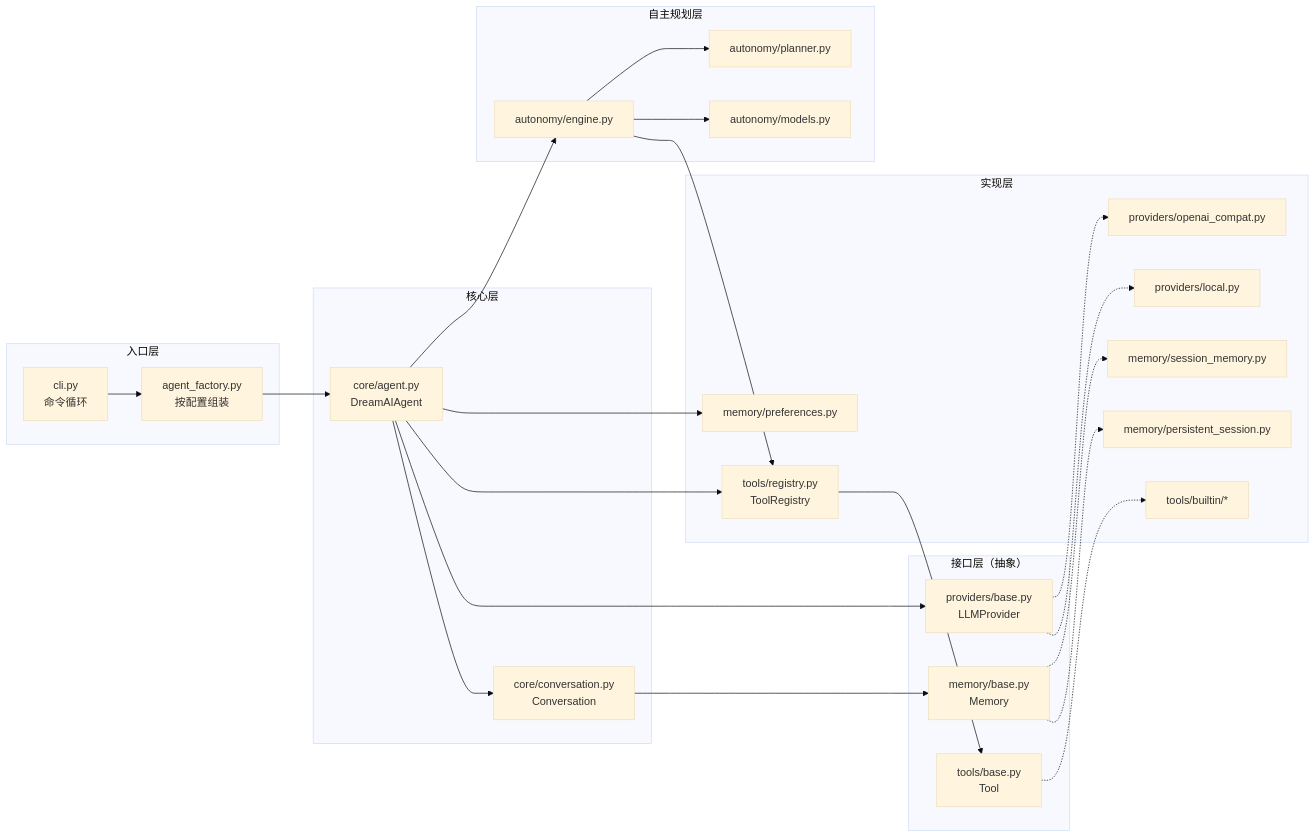
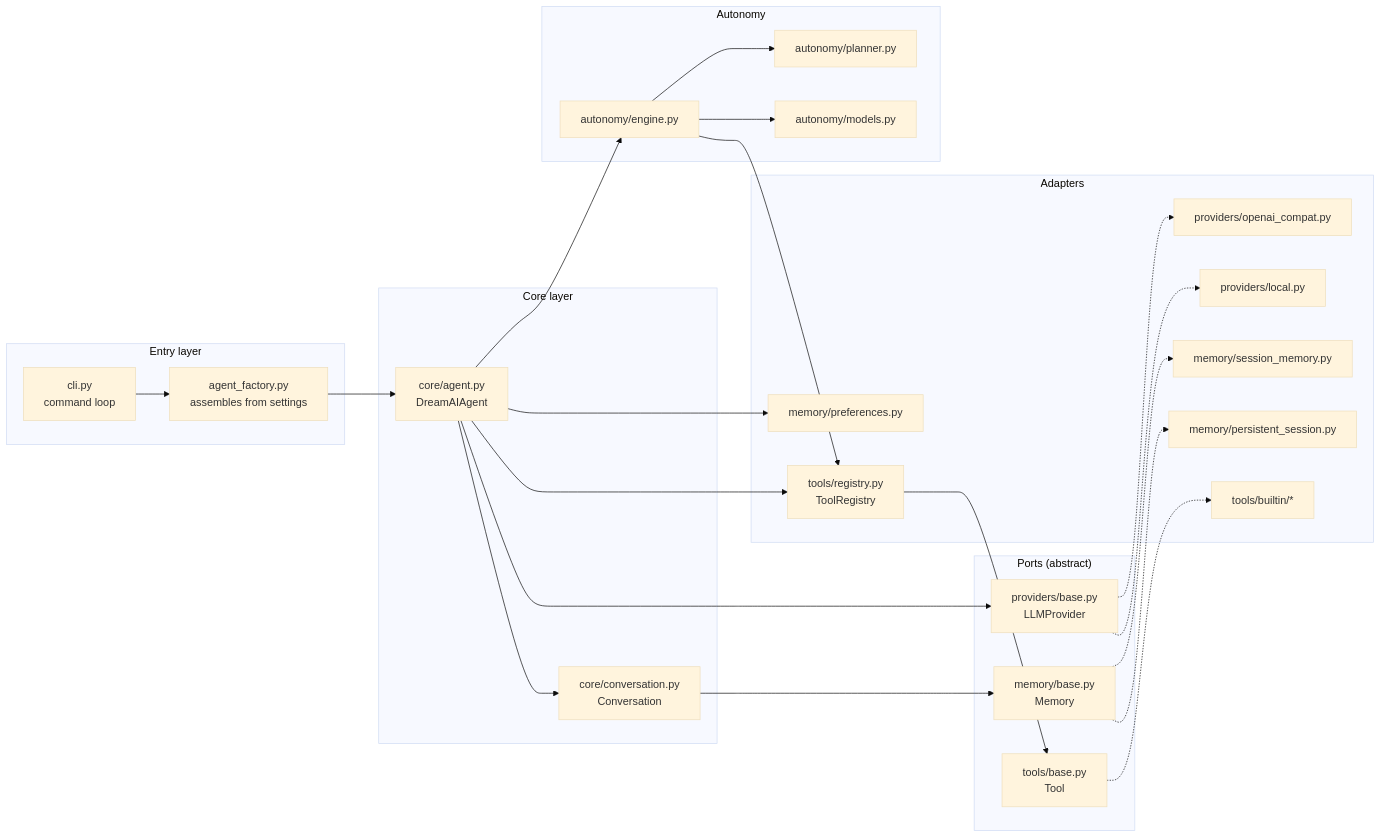
One commit to Li-Guijiang/DreamAI changed the first of 3 diagrams in docs/ARCHITECTURE.md. Above: the diagram before and after it, drawn with Mermaid (base theme). The commit also changed other lines of this file and 4 other files, not shown here.

````diff
--- a/docs/ARCHITECTURE.md
+++ b/docs/ARCHITECTURE.md
@@ -22,50 +21,50 @@
 ```mermaid
 flowchart LR
-    subgraph entry["入口层"]
-        CLI["cli.py<br/>命令循环"]
-        FACTORY["agent_factory.py<br/>按配置组装"]
+    subgraph entry["Entry layer"]
+        CLI["cli.py<br/>command loop"]
+        FACTORY["agent_factory.py<br/>assembles from settings"]
     end
 
-    subgraph core["核心层"]
+    subgraph core["Core layer"]
         AGENT["core/agent.py<br/>DreamAIAgent"]
         CONV["core/conversation.py<br/>Conversation"]
     end
 
-    subgraph ports["接口层（抽象）"]
+    subgraph ports["Ports (abstract)"]
         PROV["providers/base.py<br/>LLMProvider"]
         MEM["memory/base.py<br/>Memory"]
         TOOL["tools/base.py<br/>Tool"]
     end
 
-    subgraph adapters["实现层"]
+    subgraph adapters["Adapters"]
         OAI["providers/openai_compat.py"]
         LOCAL["providers/local.py"]
         IM["memory/session_memory.py"]
         PS["memory/persistent_session.py"]
         PM["memory/preferences.py"]
         REG["tools/registry.py<br/>ToolRegistry"]
         BUILTIN["tools/builtin/*"]
     end
 
-    subgraph auto["自主规划层"]
+    subgraph auto["Autonomy"]
         PLAN["autonomy/planner.py"]
         ENG["autonomy/engine.py"]
         MODEL["autonomy/models.py"]
     end
 
     CLI --> FACTORY --> AGENT
     AGENT --> CONV --> MEM
     AGENT --> PROV
     AGENT --> REG
     AGENT --> ENG
     ENG --> PLAN
     ENG --> MODEL
     ENG --> REG
     PROV -.-> OAI
     PROV -.-> LOCAL
     MEM -.-> IM
     MEM -.-> PS
     AGENT --> PM
     TOOL -.-> BUILTIN
     REG --> TOOL
 ```
````
